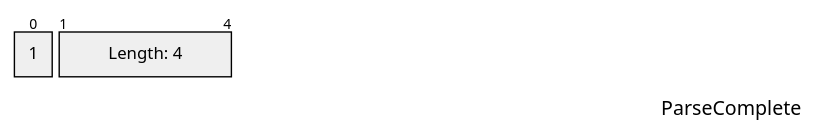
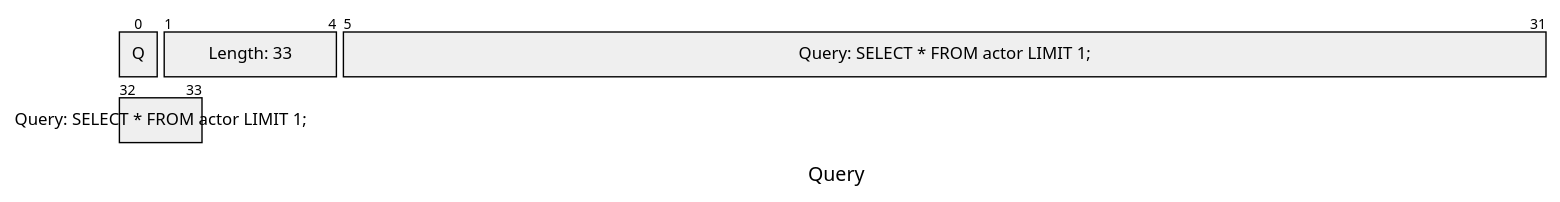
Before and after one commit to xfischer/pg_protoexport: the first of 5 diagrams in docs/examples/exports/pagila-01-simple-query-single-statement/capture.mermaid.pkt.md, drawn with Mermaid. The commit also changed other lines of this file and 135 other files, not shown here.

````diff
--- a/docs/examples/exports/pagila-01-simple-query-single-statement/capture.mermaid.pkt.md
+++ b/docs/examples/exports/pagila-01-simple-query-single-statement/capture.mermaid.pkt.md
@@ -80,11 +4,12 @@
 ```mermaid
 ---
-title: "ParseComplete"
+title: "Query"
 config:
   packet:
     bitsPerRow: 32
 ---
 packet
-    +1: "1"
-    +4: "Length: 4"
+    +1: "Q"
+    +4: "Length: 33"
+    +29: "Query: SELECT * FROM actor LIMIT 1;"
 ```
````
